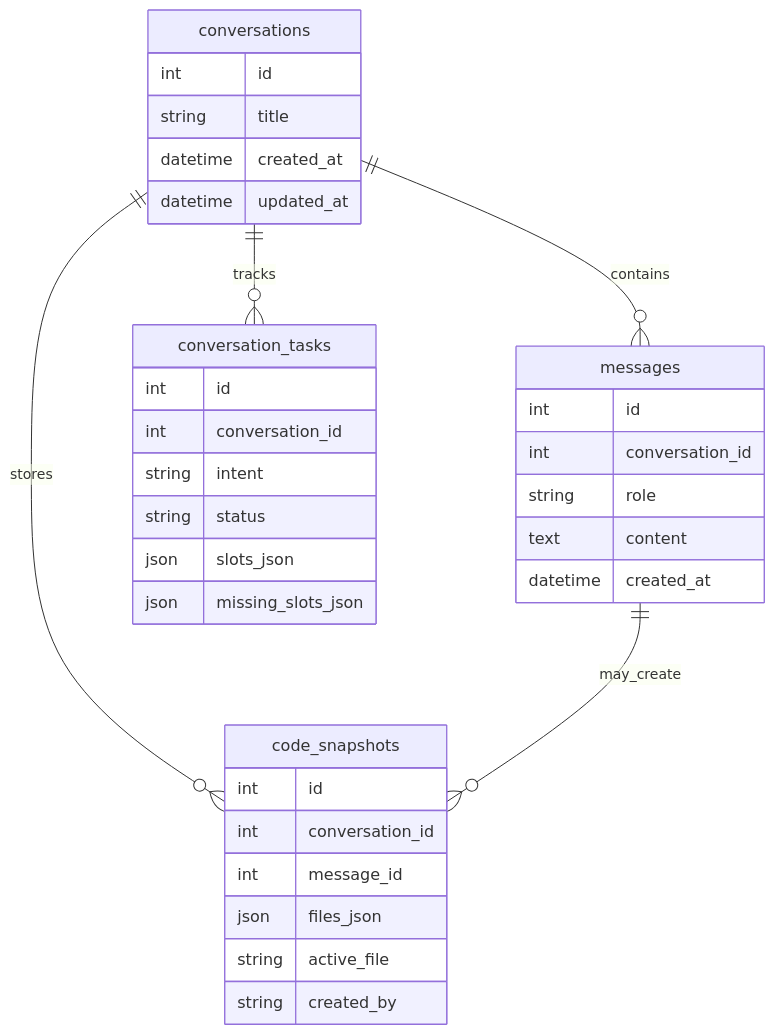
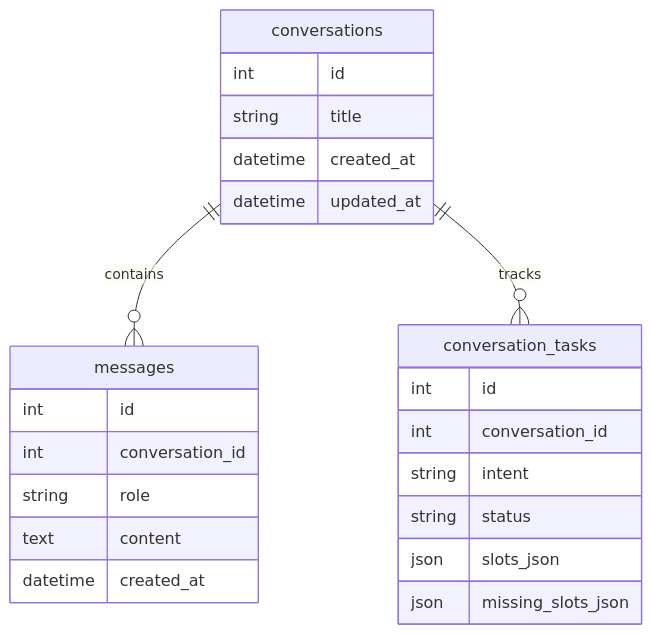
The second of 2 diagrams in README.md (iiicellled/Clean-Code-Agent), drawn with Mermaid before and after one commit. The commit also changed other lines of this file and 22 other files, not shown here.

````diff
--- a/README.md
+++ b/README.md
@@ -158,37 +207,27 @@
 ```mermaid
 erDiagram
     conversations ||--o{ messages : contains
     conversations ||--o{ conversation_tasks : tracks
-    conversations ||--o{ code_snapshots : stores
-    messages ||--o{ code_snapshots : may_create
 
     conversations {
         int id
         string title
         datetime created_at
         datetime updated_at
     }
     messages {
         int id
         int conversation_id
         string role
         text content
         datetime created_at
     }
     conversation_tasks {
         int id
         int conversation_id
         string intent
         string status
         json slots_json
         json missing_slots_json
     }
-    code_snapshots {
-        int id
-        int conversation_id
-        int message_id
-        json files_json
-        string active_file
-        string created_by
-    }
 ```
````
